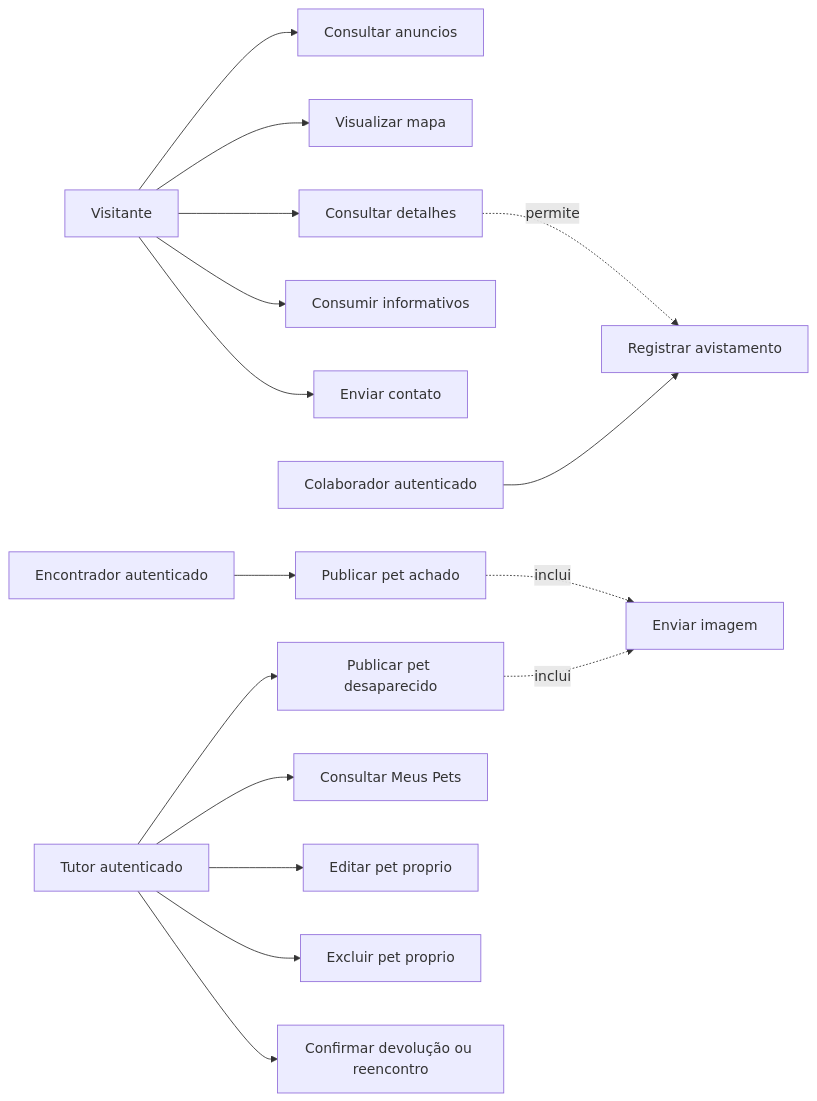
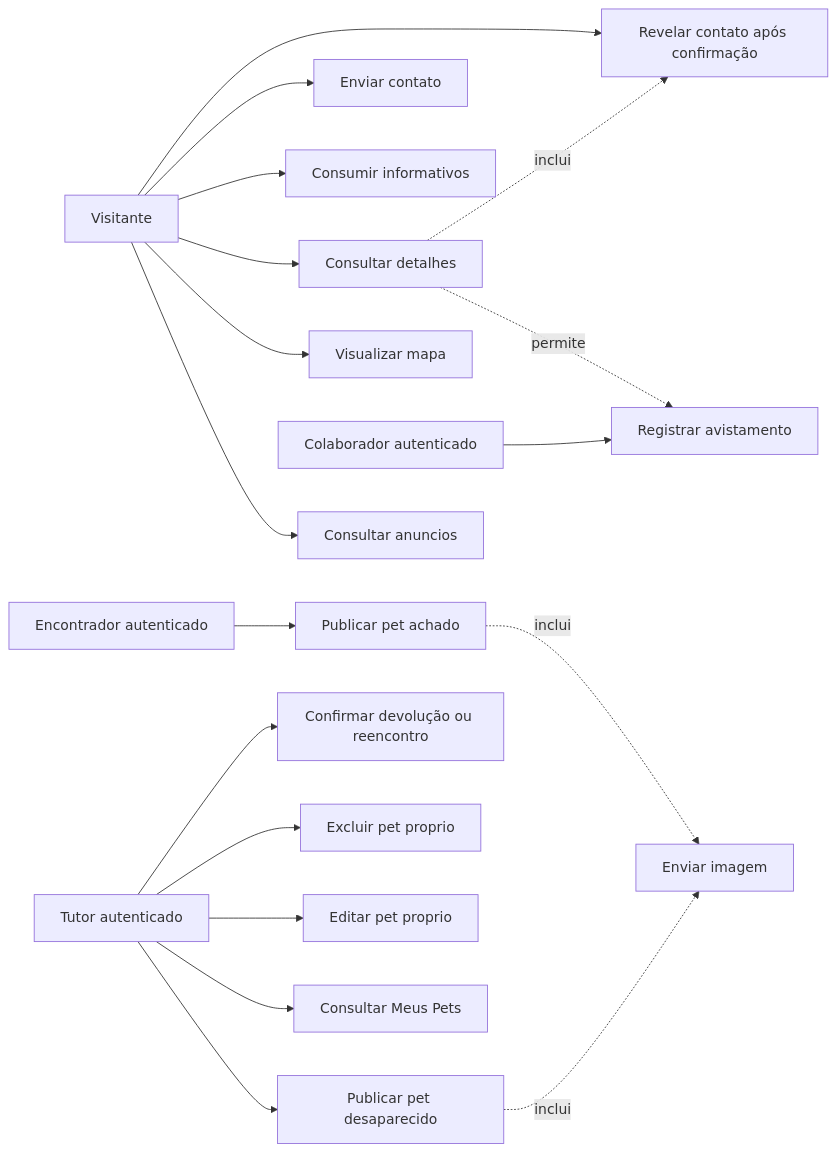
The first of 14 diagrams in docs/modelagem-site.md (Reminsonrps/PetConecta), drawn with Mermaid before and after one commit. The commit also changed other lines of this file, not shown here.

First line of the commit message:
docs: atualizar diagramas do fluxo de achados

````diff
--- a/docs/modelagem-site.md
+++ b/docs/modelagem-site.md
@@ -149,20 +150,22 @@
 ```mermaid
 flowchart LR
     V[Visitante] --> UC01[Consultar anuncios]
     V --> UC02[Visualizar mapa]
     V --> UC03[Consultar detalhes]
     V --> UC04[Consumir informativos]
     V --> UC05[Enviar contato]
+    V --> UC14[Revelar contato após confirmação]
 
     C[Colaborador autenticado] --> UC06[Registrar avistamento]
     T[Tutor autenticado] --> UC07[Publicar pet desaparecido]
     C2[Encontrador autenticado] --> UC12[Publicar pet achado]
     T --> UC08[Consultar Meus Pets]
     T --> UC09[Editar pet proprio]
     T --> UC10[Excluir pet proprio]
     T --> UC11[Confirmar devolução ou reencontro]
 
     UC03 -. permite .-> UC06
+    UC03 -. inclui .-> UC14
     UC07 -. inclui .-> UC13[Enviar imagem]
     UC12 -. inclui .-> UC13
 ```
````
